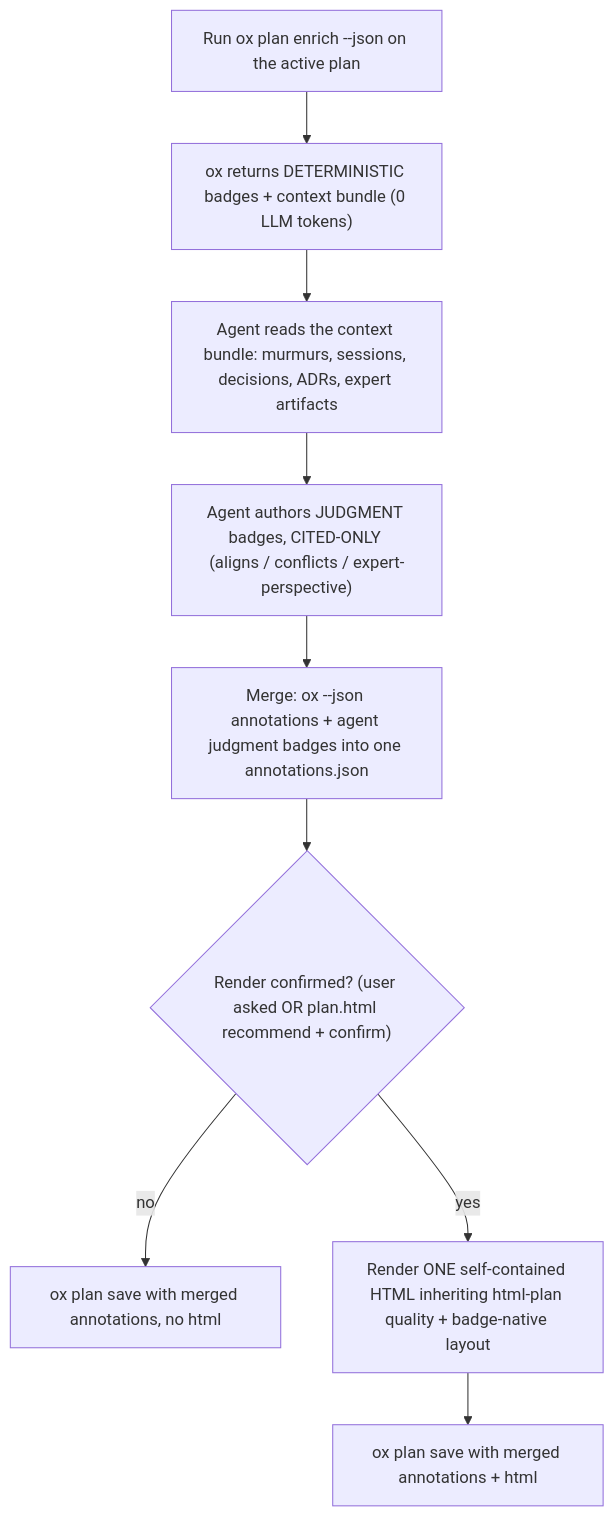
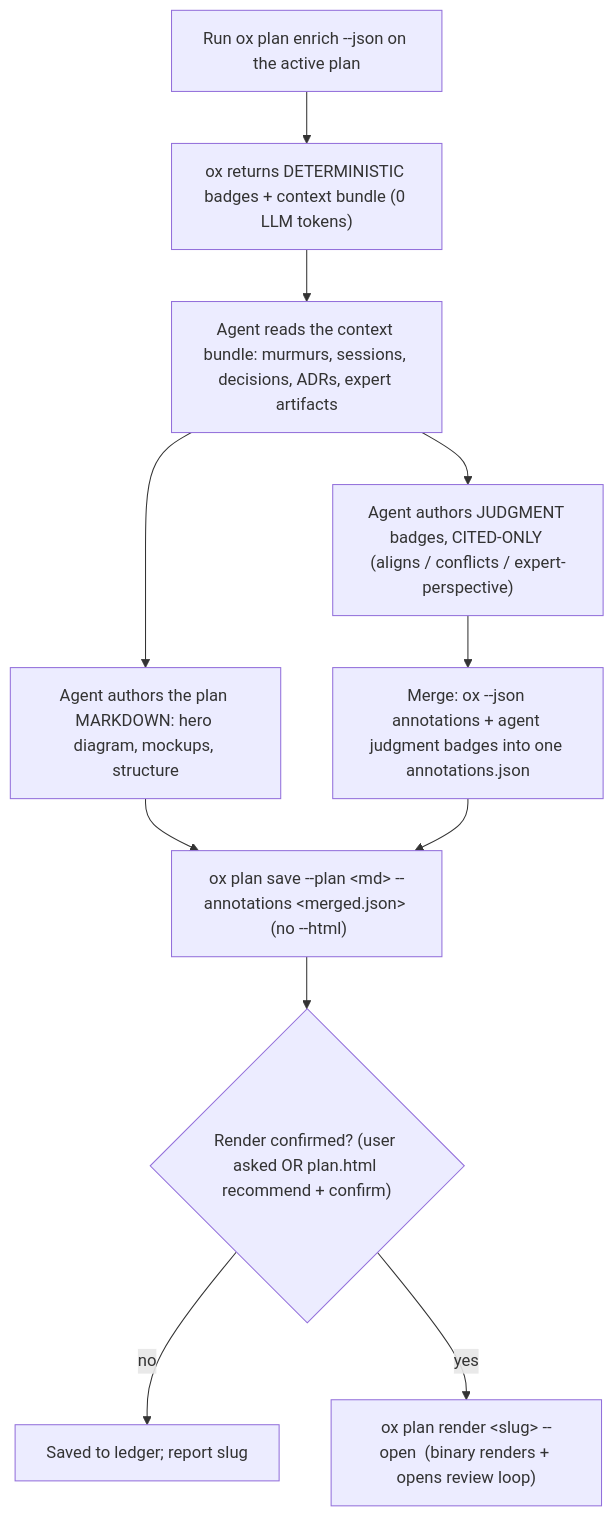
One commit to aditeya08varma/ox changed the diagram in extensions/claude/skills/ox-plan/SKILL.md. Above: the diagram before and after it, drawn with Mermaid. The commit also changed other lines of this file and 2 other files, not shown here.

First line of the commit message:
docs(ox-plan): render plans via `ox plan render`, drop hand-rolled HTML (#717)

````diff
--- a/extensions/claude/skills/ox-plan/SKILL.md
+++ b/extensions/claude/skills/ox-plan/SKILL.md
@@ -36,11 +37,13 @@
 ```mermaid
 flowchart TB
   RUN["Run ox plan enrich --json on the active plan"] --> DET["ox returns DETERMINISTIC badges + context bundle (0 LLM tokens)"]
   DET --> READ["Agent reads the context bundle: murmurs, sessions, decisions, ADRs, expert artifacts"]
   READ --> JUDGE["Agent authors JUDGMENT badges, CITED-ONLY (aligns / conflicts / expert-perspective)"]
+  READ --> MD["Agent authors the plan MARKDOWN: hero diagram, mockups, structure"]
   JUDGE --> MERGE["Merge: ox --json annotations + agent judgment badges into one annotations.json"]
-  MERGE --> GATE{"Render confirmed? (user asked OR plan.html recommend + confirm)"}
-  GATE -->|"no"| SAVEMD["ox plan save with merged annotations, no html"]
-  GATE -->|"yes"| HTML["Render ONE self-contained HTML inheriting html-plan quality + badge-native layout"]
-  HTML --> SAVEHTML["ox plan save with merged annotations + html"]
+  MD --> SAVE
+  MERGE --> SAVE["ox plan save --plan &lt;md&gt; --annotations &lt;merged.json&gt;  (no --html)"]
+  SAVE --> GATE{"Render confirmed? (user asked OR plan.html recommend + confirm)"}
+  GATE -->|"no"| DONE["Saved to ledger; report slug"]
+  GATE -->|"yes"| RENDER["ox plan render &lt;slug&gt; --open  (binary renders + opens review loop)"]
 ```
````
